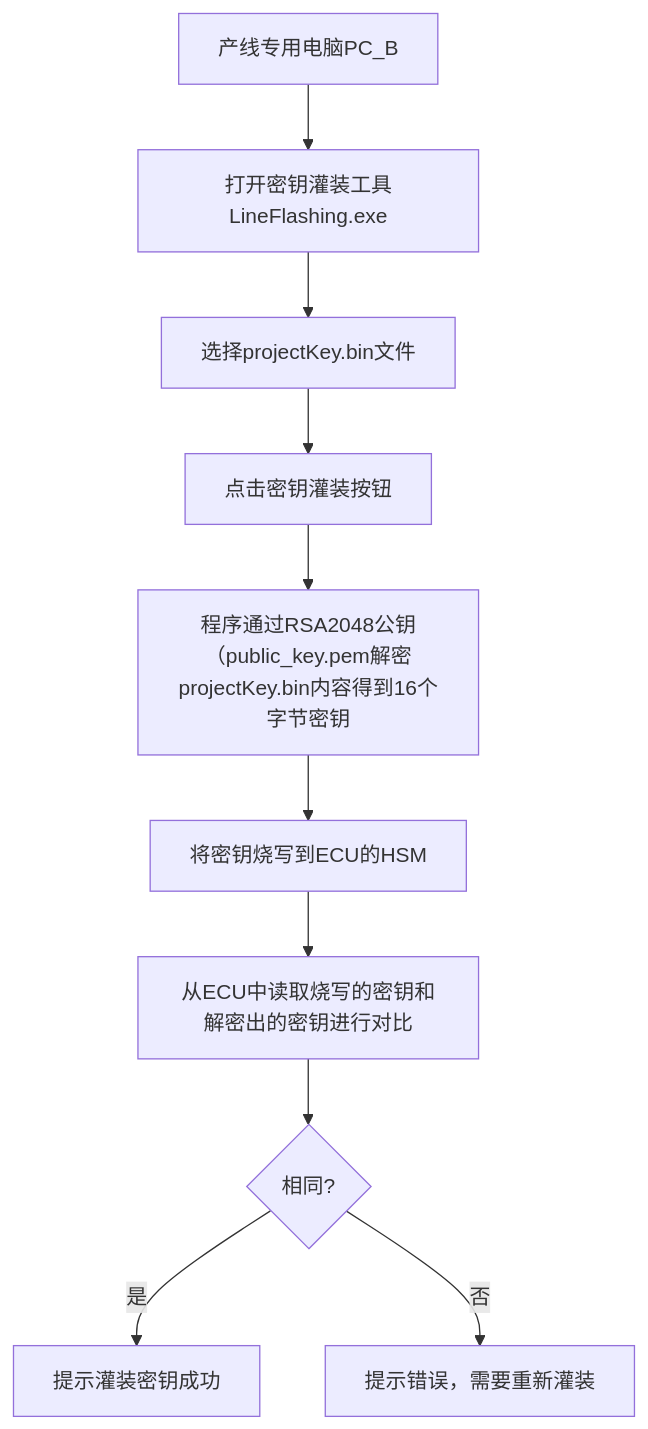
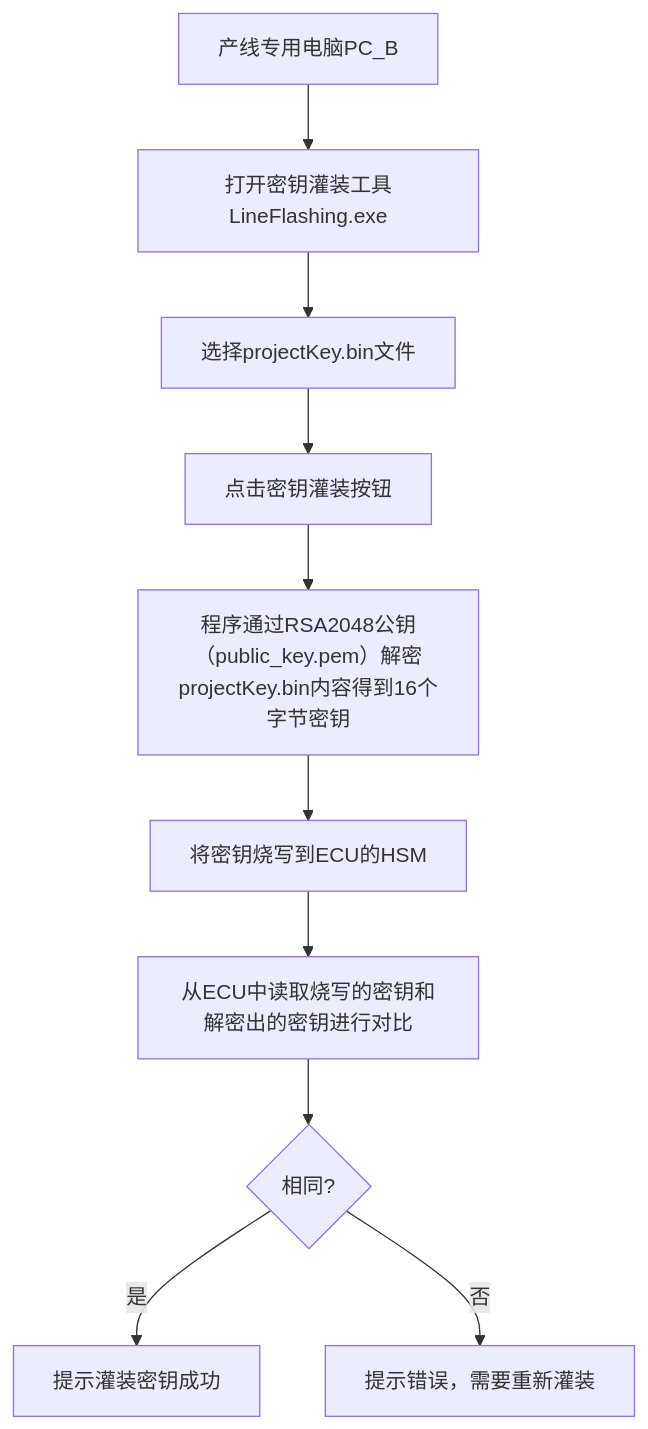
The diagram in all/未命名-11.md (facebook-cloud/iodraw-files), drawn with Mermaid before and after one commit.

Commit message:
2026-01-23 16:14:18 update

````diff
--- a/all/未命名-11.md
+++ b/all/未命名-11.md
@@ -1,13 +1,13 @@
 ```mermaid
 graph TD
     A[产线专用电脑PC_B] --> B[打开密钥灌装工具LineFlashing.exe]
     B --> C[选择projectKey.bin文件]
     C --> D[点击密钥灌装按钮]
-    D --> E[程序通过RSA2048公钥（public_key.pem解密projectKey.bin内容得到16个字节密钥]
+    D --> E[程序通过RSA2048公钥（public_key.pem）解密projectKey.bin内容得到16个字节密钥]
     E --> F[将密钥烧写到ECU的HSM]
     F --> G[从ECU中读取烧写的密钥和解密出的密钥进行对比]
     G --> J{相同?}
     J -- 是 --> K[提示灌装密钥成功]
     J -- 否 --> L[提示错误，需要重新灌装]
 
 ```
````
